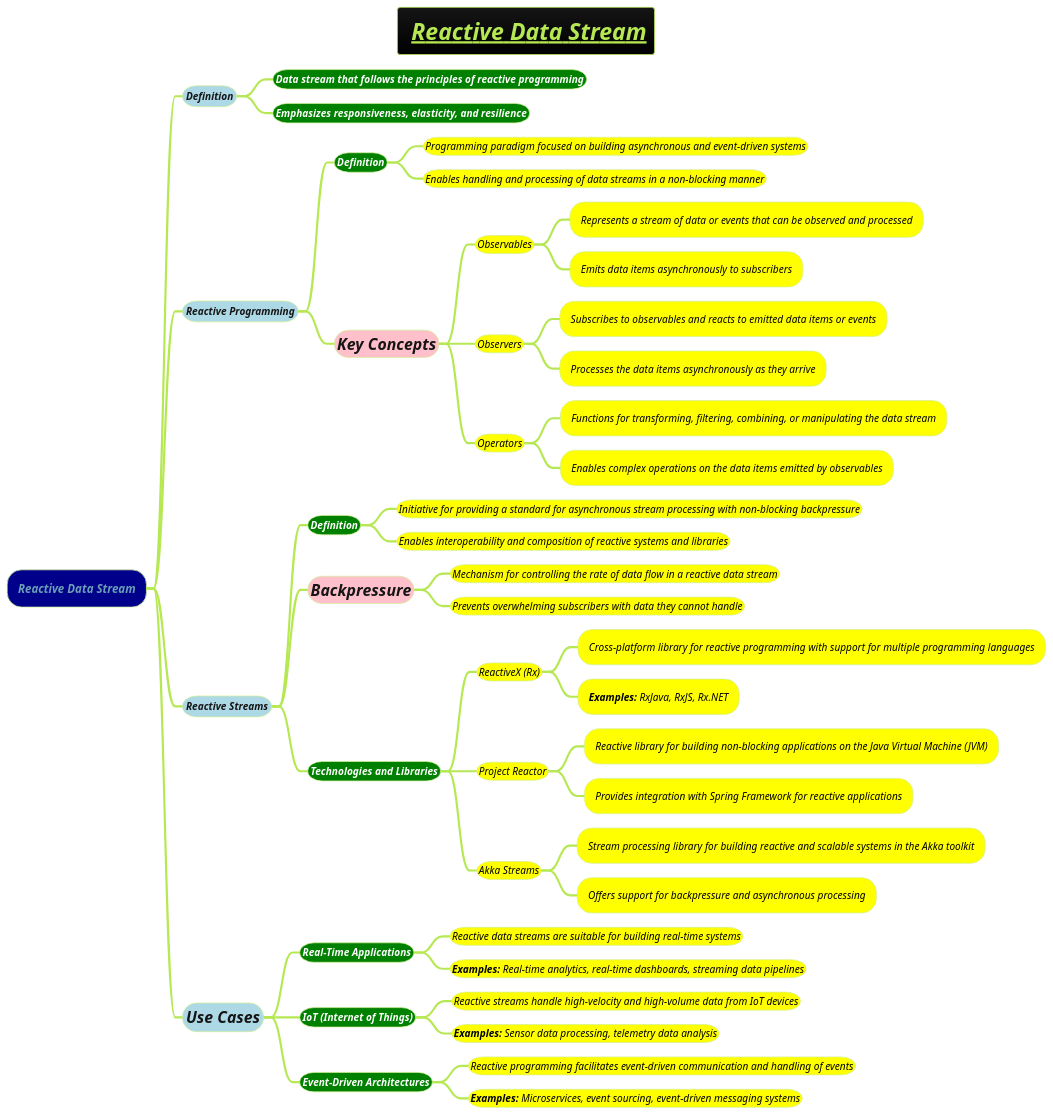
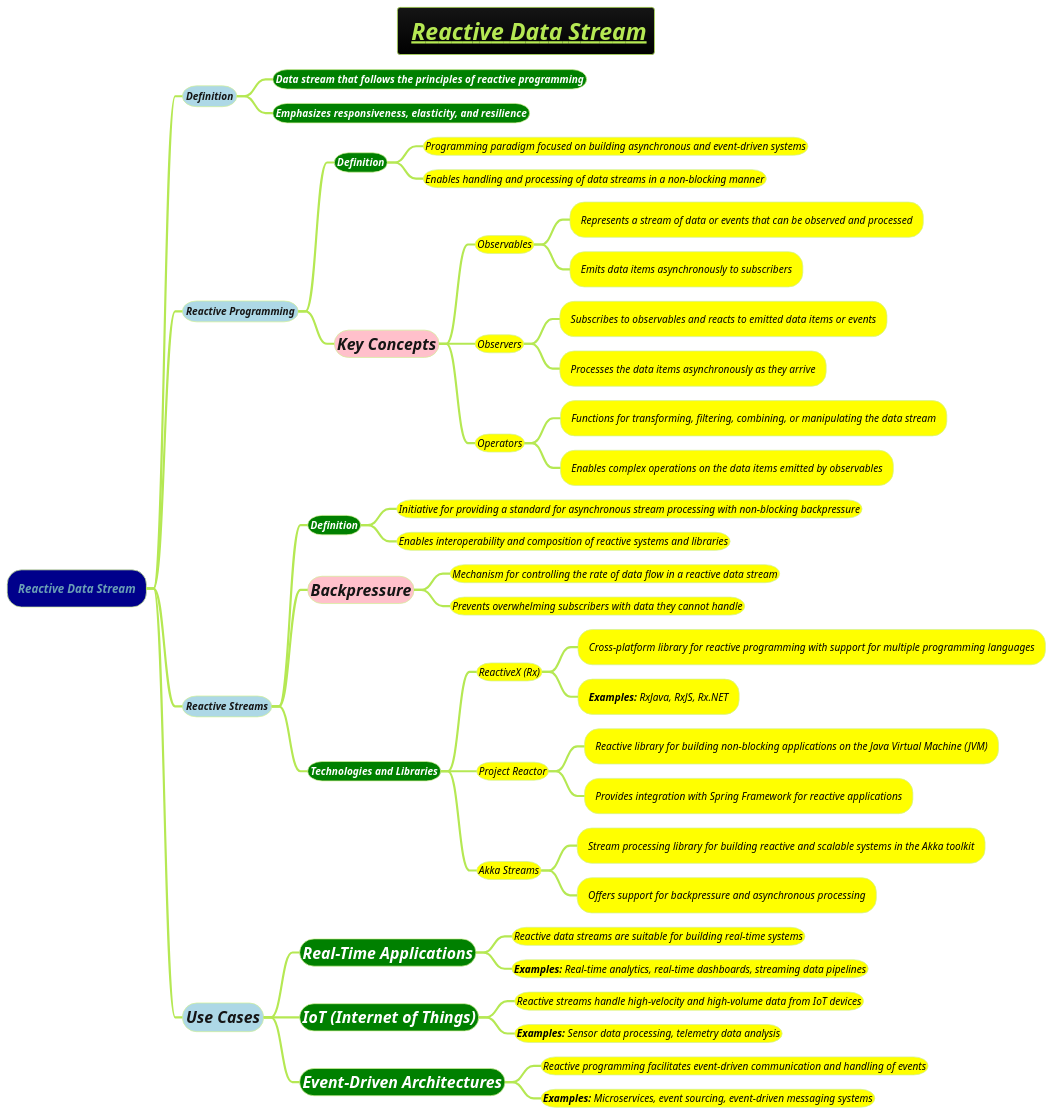
The diagram in docs/3-programming-languages/functional-programming/Reactive-Data-Stream.puml (MehmoodHashmi/Documentation-as-Code-DaC), drawn with PlantUML before and after one commit.

```diff
--- a/docs/3-programming-languages/functional-programming/Reactive-Data-Stream.puml
+++ b/docs/3-programming-languages/functional-programming/Reactive-Data-Stream.puml
@@ -1,64 +1,64 @@
 @startmindmap
 title =<i>__ Reactive Data Stream__
 !theme hacker
 
 *[#darkblue] <i>Reactive Data Stream
 
 **[#lightblue] <i><color #blac><size:14>Definition
 ***[#green] <b><i><color #white><size:14>Data stream that follows the principles of reactive programming
 ***[#green] <b><i><color #white><size:14>Emphasizes responsiveness, elasticity, and resilience
 
 **[#lightblue] <i><color #blac><size:14>**Reactive Programming**
 ***[#green] <b><i><color #white><size:14>**Definition**
 ****[#yellow] <i><color #black><size:14>Programming paradigm focused on building asynchronous and event-driven systems
 ****[#yellow] <i><color #black><size:14>Enables handling and processing of data streams in a non-blocking manner
 
 ***[#pink] <i><size:22>**Key Concepts**
 ****[#yellow] <i><color #black><size:14>Observables
 *****[#yellow] <i><color #black><size:14>Represents a stream of data or events that can be observed and processed
 *****[#yellow] <i><color #black><size:14>Emits data items asynchronously to subscribers
 
 ****[#yellow] <i><color #black><size:14>Observers
 *****[#yellow] <i><color #black><size:14>Subscribes to observables and reacts to emitted data items or events
 *****[#yellow] <i><color #black><size:14>Processes the data items asynchronously as they arrive
 
 ****[#yellow] <i><color #black><size:14>Operators
 *****[#yellow] <i><color #black><size:14>Functions for transforming, filtering, combining, or manipulating the data stream
 *****[#yellow] <i><color #black><size:14>Enables complex operations on the data items emitted by observables
 
 **[#lightblue] <i><color #blac><size:14>Reactive Streams
 ***[#green] <b><i><color #white><size:14>Definition
 ****[#yellow] <i><color #black><size:14>Initiative for providing a standard for asynchronous stream processing with non-blocking backpressure
 ****[#yellow] <i><color #black><size:14>Enables interoperability and composition of reactive systems and libraries
 
 ***[#pink] <i><size:22>**Backpressure**
 ****[#yellow] <i><color #black><size:14>Mechanism for controlling the rate of data flow in a reactive data stream
 ****[#yellow] <i><color #black><size:14>Prevents overwhelming subscribers with data they cannot handle
 
 ***[#green] <b><i><color #white><size:14>Technologies and Libraries
 ****[#yellow] <i><color #black><size:14>ReactiveX (Rx)
 *****[#yellow] <i><color #black><size:14>Cross-platform library for reactive programming with support for multiple programming languages
 *****[#yellow] <i><color #black><size:14>**Examples:** RxJava, RxJS, Rx.NET
 
 ****[#yellow] <i><color #black><size:14>Project Reactor
 *****[#yellow] <i><color #black><size:14>Reactive library for building non-blocking applications on the Java Virtual Machine (JVM)
 *****[#yellow] <i><color #black><size:14>Provides integration with Spring Framework for reactive applications
 
 ****[#yellow] <i><color #black><size:14>Akka Streams
 *****[#yellow] <i><color #black><size:14>Stream processing library for building reactive and scalable systems in the Akka toolkit
 *****[#yellow] <i><color #black><size:14>Offers support for backpressure and asynchronous processing
 
 **[#lightblue] <i><color #blac><size:22>Use Cases
-***[#green] <b><i><color #white><size:14>Real-Time Applications
+***[#green] <b><i><color #white><size:22>Real-Time Applications
 ****[#yellow] <i><color #black><size:14>Reactive data streams are suitable for building real-time systems
 ****[#yellow] <i><color #black><size:14>**Examples:** Real-time analytics, real-time dashboards, streaming data pipelines
 
-***[#green] <b><i><color #white><size:14>IoT (Internet of Things)
+***[#green] <b><i><color #white><size:22>IoT (Internet of Things)
 ****[#yellow] <i><color #black><size:14>Reactive streams handle high-velocity and high-volume data from IoT devices
 ****[#yellow] <i><color #black><size:14>**Examples:** Sensor data processing, telemetry data analysis
 
-***[#green] <b><i><color #white><size:14>Event-Driven Architectures
+***[#green] <b><i><color #white><size:22>Event-Driven Architectures
 ****[#yellow] <i><color #black><size:14>Reactive programming facilitates event-driven communication and handling of events
 ****[#yellow] <i><color #black><size:14>**Examples:** Microservices, event sourcing, event-driven messaging systems
 
 @endmindmap
```
